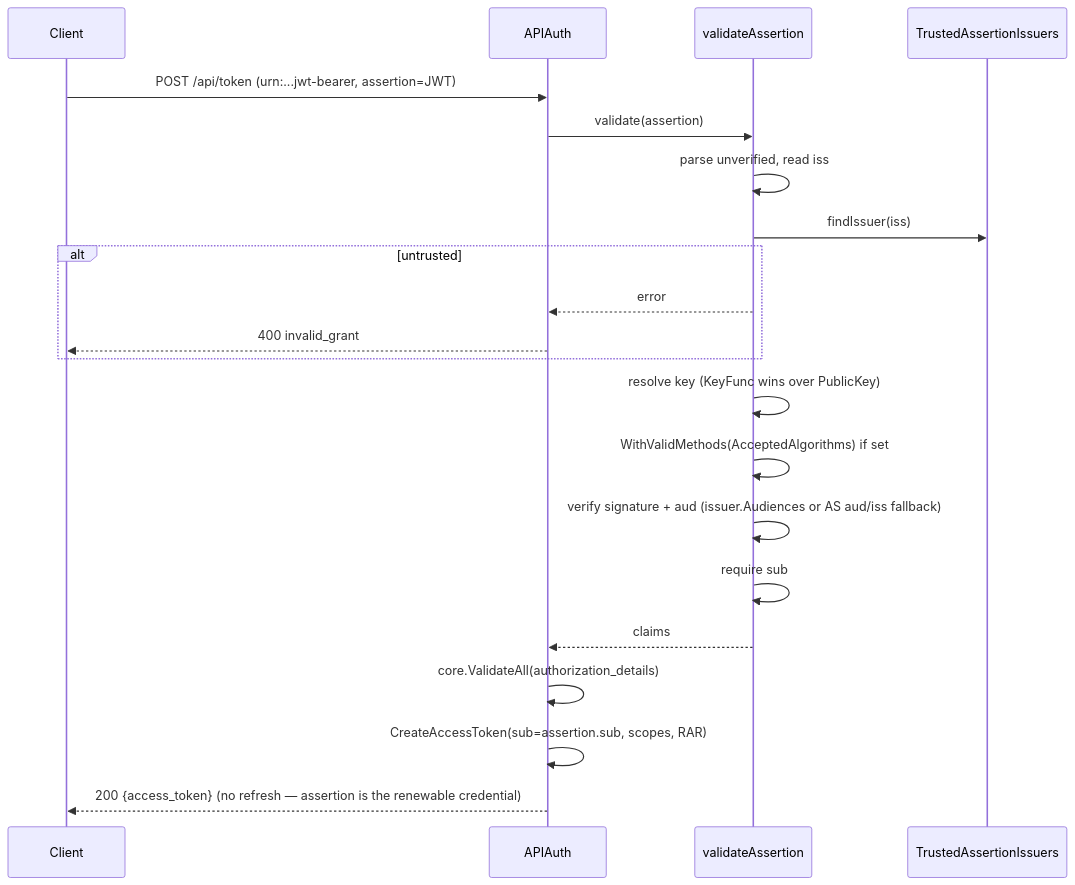
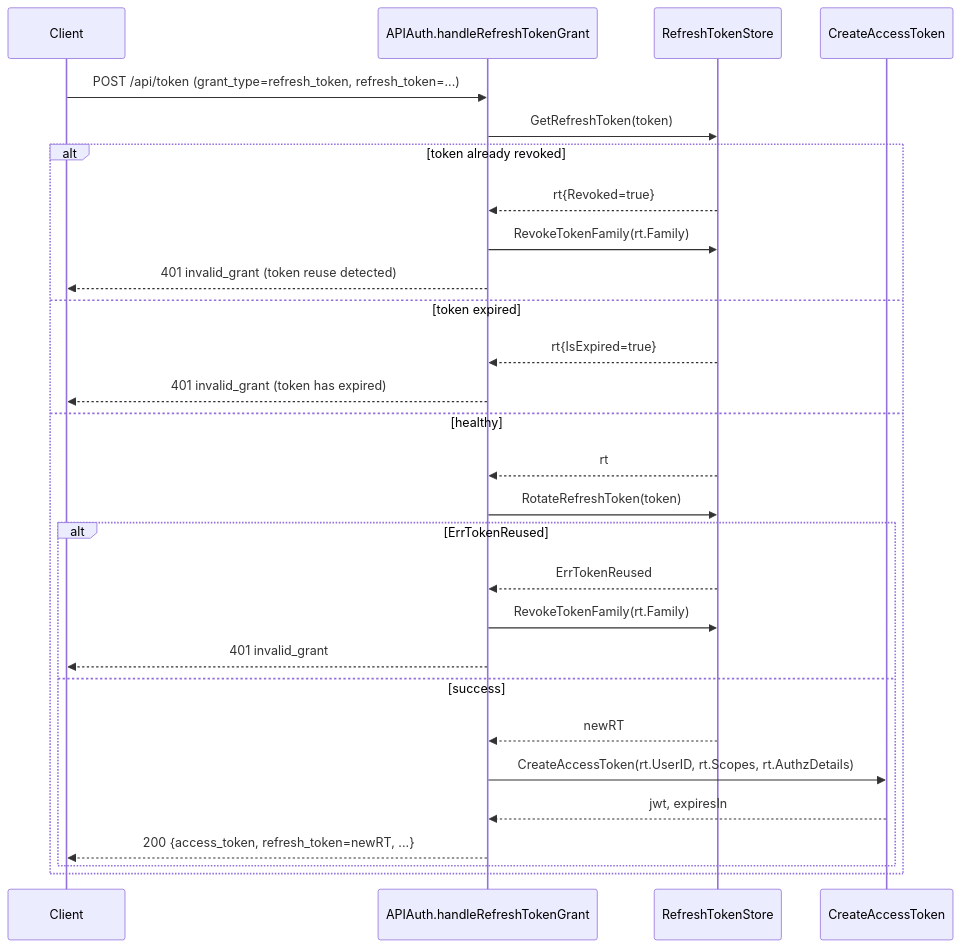
One commit to panyam/oneauth changed the third of 5 diagrams in apiauth/DESIGN.md. Above: the diagram before and after it, drawn with Mermaid. The commit also changed other lines of this file and 42 other files, not shown here.

````diff
--- a/apiauth/DESIGN.md
+++ b/apiauth/DESIGN.md
@@ -228,23 +143,31 @@
 ```mermaid
 sequenceDiagram
-    participant C as Client
-    participant A as APIAuth
-    participant VA as validateAssertion
-    participant TI as TrustedAssertionIssuers
-    C->>A: POST /api/token (urn:...jwt-bearer, assertion=JWT)
-    A->>VA: validate(assertion)
-    VA->>VA: parse unverified, read iss
-    VA->>TI: findIssuer(iss)
-    alt untrusted
-        VA-->>A: error
-        A-->>C: 400 invalid_grant
+    participant Client
+    participant APIAuth as APIAuth.handleRefreshTokenGrant
+    participant RTS as RefreshTokenStore
+    participant Sign as CreateAccessToken
+
+    Client->>APIAuth: POST /api/token (grant_type=refresh_token, refresh_token=...)
+    APIAuth->>RTS: GetRefreshToken(token)
+    alt token already revoked
+        RTS-->>APIAuth: rt{Revoked=true}
+        APIAuth->>RTS: RevokeTokenFamily(rt.Family)
+        APIAuth-->>Client: 401 invalid_grant (token reuse detected)
+    else token expired
+        RTS-->>APIAuth: rt{IsExpired=true}
+        APIAuth-->>Client: 401 invalid_grant (token has expired)
+    else healthy
+        RTS-->>APIAuth: rt
+        APIAuth->>RTS: RotateRefreshToken(token)
+        alt ErrTokenReused
+            RTS-->>APIAuth: ErrTokenReused
+            APIAuth->>RTS: RevokeTokenFamily(rt.Family)
+            APIAuth-->>Client: 401 invalid_grant
+        else success
+            RTS-->>APIAuth: newRT
+            APIAuth->>Sign: CreateAccessToken(rt.UserID, rt.Scopes, rt.AuthzDetails)
+            Sign-->>APIAuth: jwt, expiresIn
+            APIAuth-->>Client: 200 {access_token, refresh_token=newRT, ...}
+        end
     end
-    VA->>VA: resolve key (KeyFunc wins over PublicKey)
-    VA->>VA: WithValidMethods(AcceptedAlgorithms) if set
-    VA->>VA: verify signature + aud (issuer.Audiences or AS aud/iss fallback)
-    VA->>VA: require sub
-    VA-->>A: claims
-    A->>A: core.ValidateAll(authorization_details)
-    A->>A: CreateAccessToken(sub=assertion.sub, scopes, RAR)
-    A-->>C: 200 {access_token} (no refresh — assertion is the renewable credential)
 ```
````
